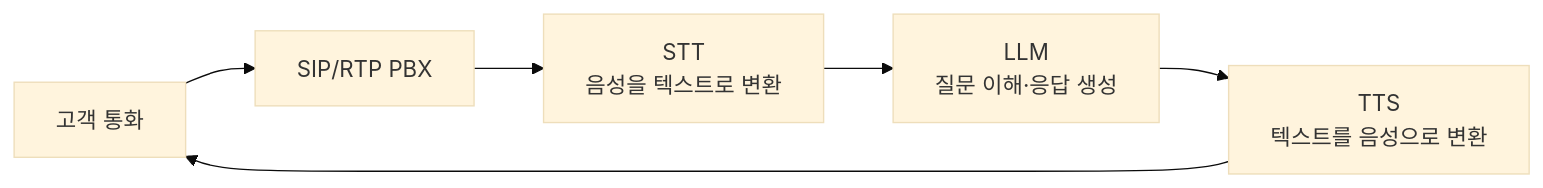
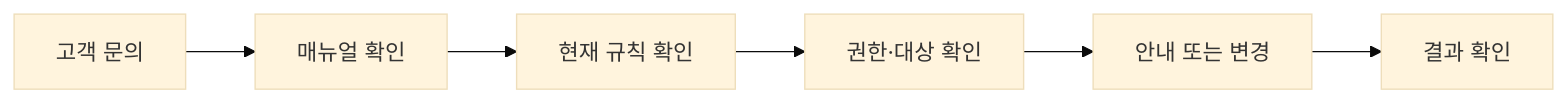
One commit to hak023/sip_pbx changed the first of 10 diagrams in docs/AI_SERVICE_AGENT_SERVICE_INTRODUCTION.md. Above: the diagram before and after it, drawn with Mermaid (base theme). The commit also changed other lines of this file, not shown here.

````diff
--- a/docs/AI_SERVICE_AGENT_SERVICE_INTRODUCTION.md
+++ b/docs/AI_SERVICE_AGENT_SERVICE_INTRODUCTION.md
@@ -28,8 +52,8 @@
 ```mermaid
 flowchart LR
-    C[고객 통화] --> P[SIP/RTP PBX]
-    P --> S[STT\n음성을 텍스트로 변환]
-    S --> L[LLM\n질문 이해·응답 생성]
-    L --> T[TTS\n텍스트를 음성으로 변환]
-    T --> C
+    Q[고객 문의] --> M[매뉴얼 확인]
+    M --> R[현재 규칙 확인]
+    R --> P[권한·대상 확인]
+    P --> A[안내 또는 변경]
+    A --> V[결과 확인]
 ```
````
